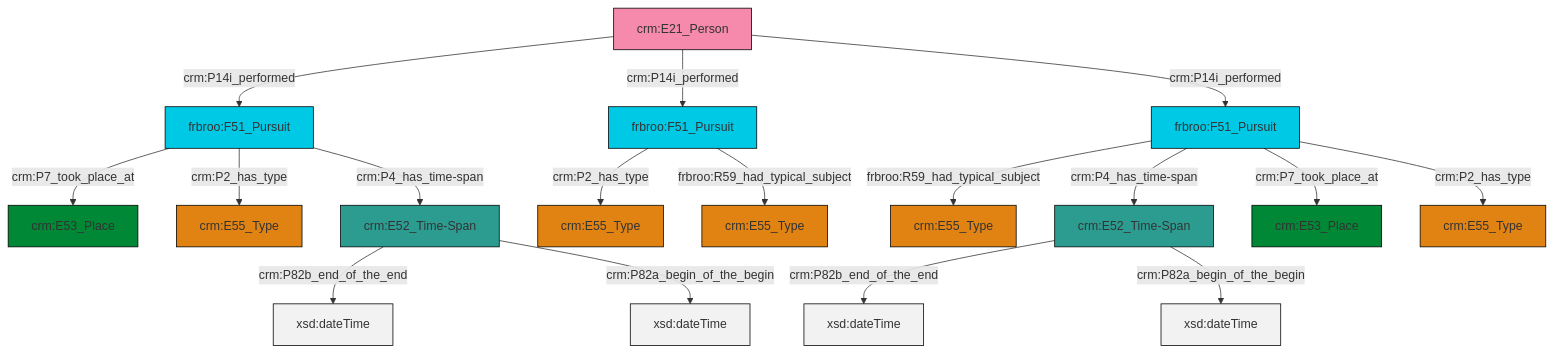
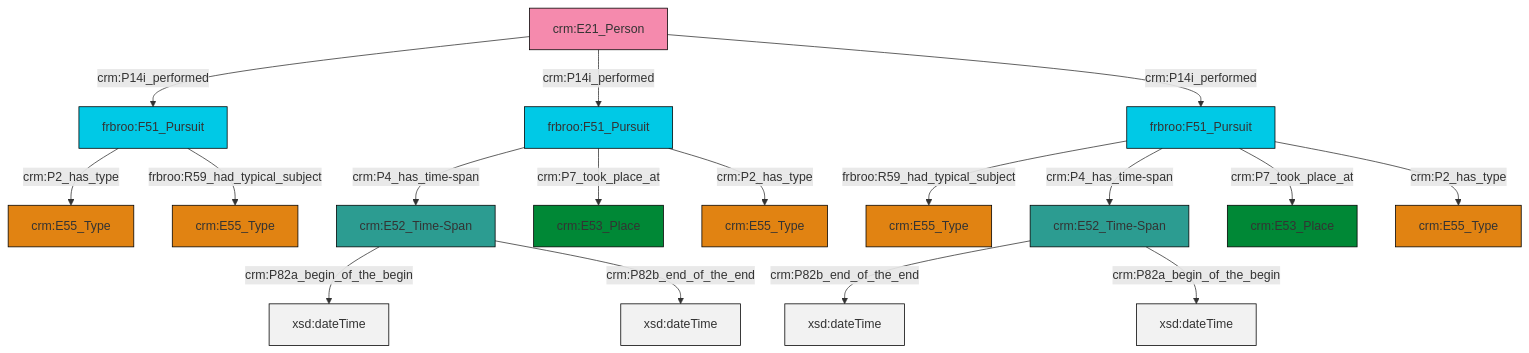
Before and after one commit to swiss-art-research-net/reference-data-models: the diagram in et/personCSV/ttl/mmd/Person_Event.ttl.mmd, drawn with Mermaid. The commit also changed 153 other files, not shown here.

```diff
--- a/et/personCSV/ttl/mmd/Person_Event.ttl.mmd
+++ b/et/personCSV/ttl/mmd/Person_Event.ttl.mmd
@@ -1,31 +1,31 @@
 graph TD
 classDef Literal fill:#f2f2f2,stroke:#000000;
 classDef CRM_Entity fill:#FFFFFF,stroke:#000000;
 classDef Temporal_Entity fill:#00C9E6, stroke:#000000;
 classDef Type fill:#E18312, stroke:#000000;
 classDef Time-Span fill:#2C9C91, stroke:#000000;
 classDef Appellation fill:#FFEB7F, stroke:#000000;
 classDef Place fill:#008836, stroke:#000000;
 classDef Persistent_Item fill:#B266B2, stroke:#000000;
 classDef Conceptual_Object fill:#FFD700, stroke:#000000;
 classDef Physical_Thing fill:#D2B48C, stroke:#000000;
 classDef Actor fill:#f58aad, stroke:#000000;
 classDef PC_Classes fill:#4ce600, stroke:#000000;
 classDef Multi fill:#cccccc,stroke:#000000;
 
-0["frbroo:F51_Pursuit"]:::Temporal_Entity -->|frbroo:R59_had_typical_subject| 1["crm:E55_Type"]:::Type
-2["frbroo:F51_Pursuit"]:::Temporal_Entity -->|crm:P7_took_place_at| 3["crm:E53_Place"]:::Place
-4["crm:E52_Time-Span"]:::Time-Span -->|crm:P82b_end_of_the_end| 5[xsd:dateTime]:::Literal
-0["frbroo:F51_Pursuit"]:::Temporal_Entity -->|crm:P4_has_time-span| 4["crm:E52_Time-Span"]:::Time-Span
-14["frbroo:F51_Pursuit"]:::Temporal_Entity -->|crm:P2_has_type| 7["crm:E55_Type"]:::Type
-4["crm:E52_Time-Span"]:::Time-Span -->|crm:P82a_begin_of_the_begin| 15[xsd:dateTime]:::Literal
-16["crm:E21_Person"]:::Actor -->|crm:P14i_performed| 2["frbroo:F51_Pursuit"]:::Temporal_Entity
-17["crm:E52_Time-Span"]:::Time-Span -->|crm:P82b_end_of_the_end| 18[xsd:dateTime]:::Literal
-0["frbroo:F51_Pursuit"]:::Temporal_Entity -->|crm:P7_took_place_at| 11["crm:E53_Place"]:::Place
-2["frbroo:F51_Pursuit"]:::Temporal_Entity -->|crm:P2_has_type| 24["crm:E55_Type"]:::Type
-0["frbroo:F51_Pursuit"]:::Temporal_Entity -->|crm:P2_has_type| 9["crm:E55_Type"]:::Type
-2["frbroo:F51_Pursuit"]:::Temporal_Entity -->|crm:P4_has_time-span| 17["crm:E52_Time-Span"]:::Time-Span
-16["crm:E21_Person"]:::Actor -->|crm:P14i_performed| 14["frbroo:F51_Pursuit"]:::Temporal_Entity
-17["crm:E52_Time-Span"]:::Time-Span -->|crm:P82a_begin_of_the_begin| 31[xsd:dateTime]:::Literal
+0["frbroo:F51_Pursuit"]:::Temporal_Entity -->|crm:P4_has_time-span| 1["crm:E52_Time-Span"]:::Time-Span
+1["crm:E52_Time-Span"]:::Time-Span -->|crm:P82a_begin_of_the_begin| 2[xsd:dateTime]:::Literal
+9["frbroo:F51_Pursuit"]:::Temporal_Entity -->|crm:P2_has_type| 10["crm:E55_Type"]:::Type
+11["frbroo:F51_Pursuit"]:::Temporal_Entity -->|frbroo:R59_had_typical_subject| 3["crm:E55_Type"]:::Type
+16["crm:E21_Person"]:::Actor -->|crm:P14i_performed| 9["frbroo:F51_Pursuit"]:::Temporal_Entity
+7["crm:E52_Time-Span"]:::Time-Span -->|crm:P82b_end_of_the_end| 20[xsd:dateTime]:::Literal
+0["frbroo:F51_Pursuit"]:::Temporal_Entity -->|crm:P7_took_place_at| 5["crm:E53_Place"]:::Place
+11["frbroo:F51_Pursuit"]:::Temporal_Entity -->|crm:P4_has_time-span| 7["crm:E52_Time-Span"]:::Time-Span
+7["crm:E52_Time-Span"]:::Time-Span -->|crm:P82a_begin_of_the_begin| 24[xsd:dateTime]:::Literal
+9["frbroo:F51_Pursuit"]:::Temporal_Entity -->|frbroo:R59_had_typical_subject| 14["crm:E55_Type"]:::Type
+0["frbroo:F51_Pursuit"]:::Temporal_Entity -->|crm:P2_has_type| 12["crm:E55_Type"]:::Type
+1["crm:E52_Time-Span"]:::Time-Span -->|crm:P82b_end_of_the_end| 29[xsd:dateTime]:::Literal
 16["crm:E21_Person"]:::Actor -->|crm:P14i_performed| 0["frbroo:F51_Pursuit"]:::Temporal_Entity
-14["frbroo:F51_Pursuit"]:::Temporal_Entity -->|frbroo:R59_had_typical_subject| 26["crm:E55_Type"]:::Type
+11["frbroo:F51_Pursuit"]:::Temporal_Entity -->|crm:P7_took_place_at| 30["crm:E53_Place"]:::Place
+11["frbroo:F51_Pursuit"]:::Temporal_Entity -->|crm:P2_has_type| 18["crm:E55_Type"]:::Type
+16["crm:E21_Person"]:::Actor -->|crm:P14i_performed| 11["frbroo:F51_Pursuit"]:::Temporal_Entity
```
